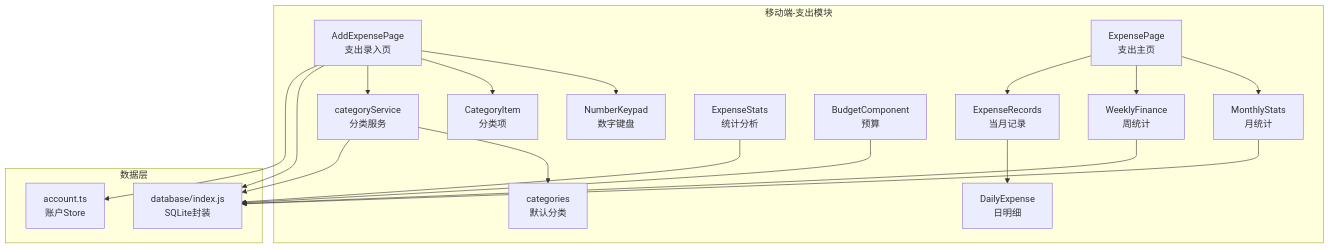
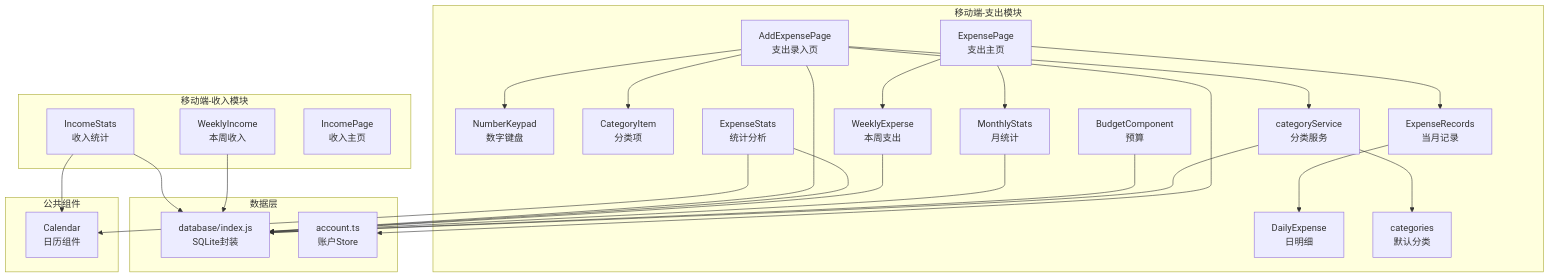
The first of 10 diagrams in .qoder/repowiki/zh/content/支出管理/支出管理.md (xiao-lin-unit/yuan), drawn with Mermaid before and after one commit. The commit also changed other lines of this file and 62 other files, not shown here.

````diff
--- a/.qoder/repowiki/zh/content/支出管理/支出管理.md
+++ b/.qoder/repowiki/zh/content/支出管理/支出管理.md
@@ -44,36 +58,48 @@
 ```mermaid
 graph TB
 subgraph "移动端-支出模块"
 AEP["AddExpensePage<br/>支出录入页"]
 NKP["NumberKeypad<br/>数字键盘"]
 CI["CategoryItem<br/>分类项"]
 EP["ExpensePage<br/>支出主页"]
 ER["ExpenseRecords<br/>当月记录"]
 DE["DailyExpense<br/>日明细"]
 MS["MonthlyStats<br/>月统计"]
-WF["WeeklyFinance<br/>周统计"]
+WE["WeeklyExperse<br/>本周支出"]
 ES["ExpenseStats<br/>统计分析"]
 BC["BudgetComponent<br/>预算"]
 CS["categoryService<br/>分类服务"]
 CAT["categories<br/>默认分类"]
+end
+subgraph "移动端-收入模块"
+IS["IncomeStats<br/>收入统计"]
+WI["WeeklyIncome<br/>本周收入"]
+IP["IncomePage<br/>收入主页"]
+end
+subgraph "公共组件"
+CAL["Calendar<br/>日历组件"]
 end
 subgraph "数据层"
 DB["database/index.js<br/>SQLite封装"]
 AS["account.ts<br/>账户Store"]
 end
 AEP --> NKP
 AEP --> CI
 AEP --> CS
 AEP --> DB
 AEP --> AS
 EP --> MS
-EP --> WF
+EP --> WE
 EP --> ER
 ER --> DE
 ES --> DB
+ES --> CAL
+IS --> DB
+IS --> CAL
+WE --> DB
+WI --> DB
 MS --> DB
-WF --> DB
 BC --> DB
 CS --> CAT
 CS --> DB
 ```
````
